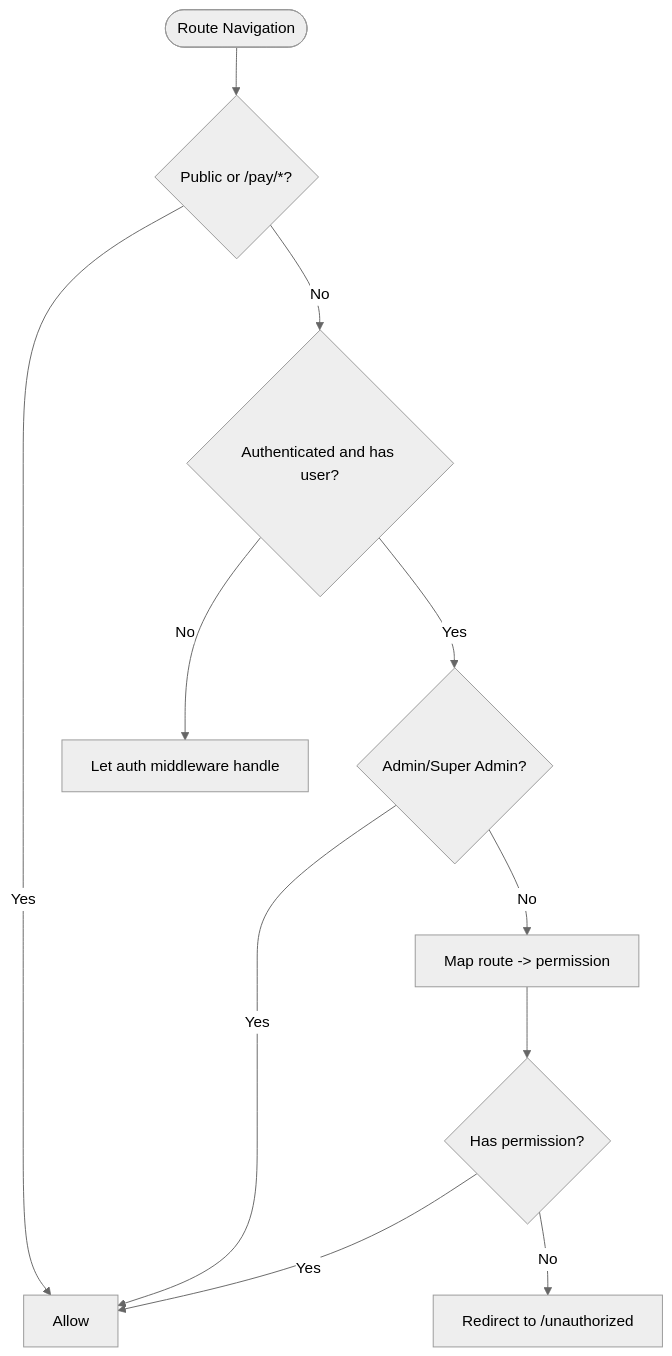
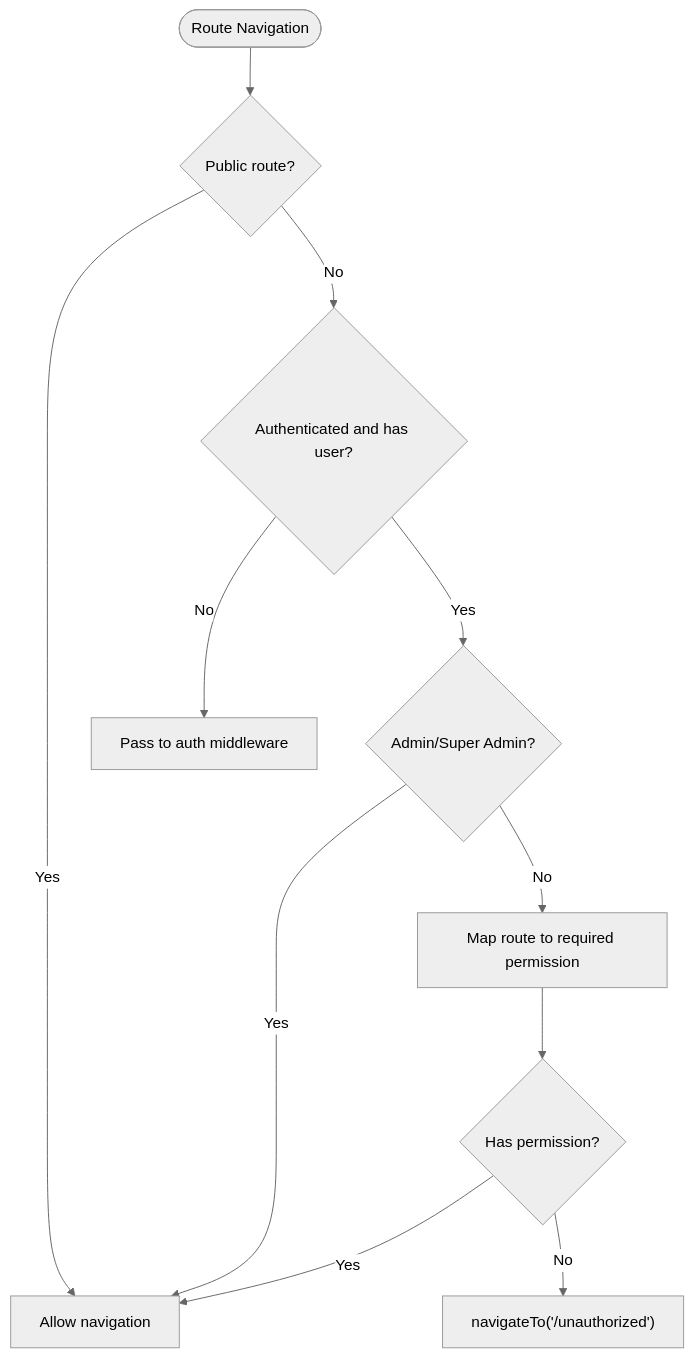
One commit to Lazynerd-Studios/lacarte-atlas-console changed the fifth of 12 diagrams in .qoder/repowiki/en/content/Authentication & Authorization/Authentication & Authorization.md. Above: the diagram before and after it, drawn with Mermaid (neutral theme). The commit also changed other lines of this file and 139 other files, not shown here.

````diff
--- a/.qoder/repowiki/en/content/Authentication & Authorization/Authentication & Authorization.md
+++ b/.qoder/repowiki/en/content/Authentication & Authorization/Authentication & Authorization.md
@@ -260,13 +238,13 @@
 ```mermaid
 flowchart TD
-Enter(["Route Navigation"]) --> PublicCheck{"Public or /pay/*?"}
-PublicCheck --> |Yes| Allow["Allow"]
-PublicCheck --> |No| Authed{"Authenticated and has user?"}
-Authed --> |No| PassToAuth["Let auth middleware handle"]
-Authed --> |Yes| AdminCheck{"Admin/Super Admin?"}
+Enter(["Route Navigation"]) --> PublicCheck{"Public route?"}
+PublicCheck --> |Yes| Allow["Allow navigation"]
+PublicCheck --> |No| AuthCheck{"Authenticated and has user?"}
+AuthCheck --> |No| Pass["Pass to auth middleware"]
+AuthCheck --> |Yes| AdminCheck{"Admin/Super Admin?"}
 AdminCheck --> |Yes| Allow
-AdminCheck --> |No| MapPerm["Map route -> permission"]
+AdminCheck --> |No| MapPerm["Map route to required permission"]
 MapPerm --> HasPerm{"Has permission?"}
 HasPerm --> |Yes| Allow
-HasPerm --> |No| ToUnauth["Redirect to /unauthorized"]
+HasPerm --> |No| ToUnauth["navigateTo('/unauthorized')"]
 ```
````
